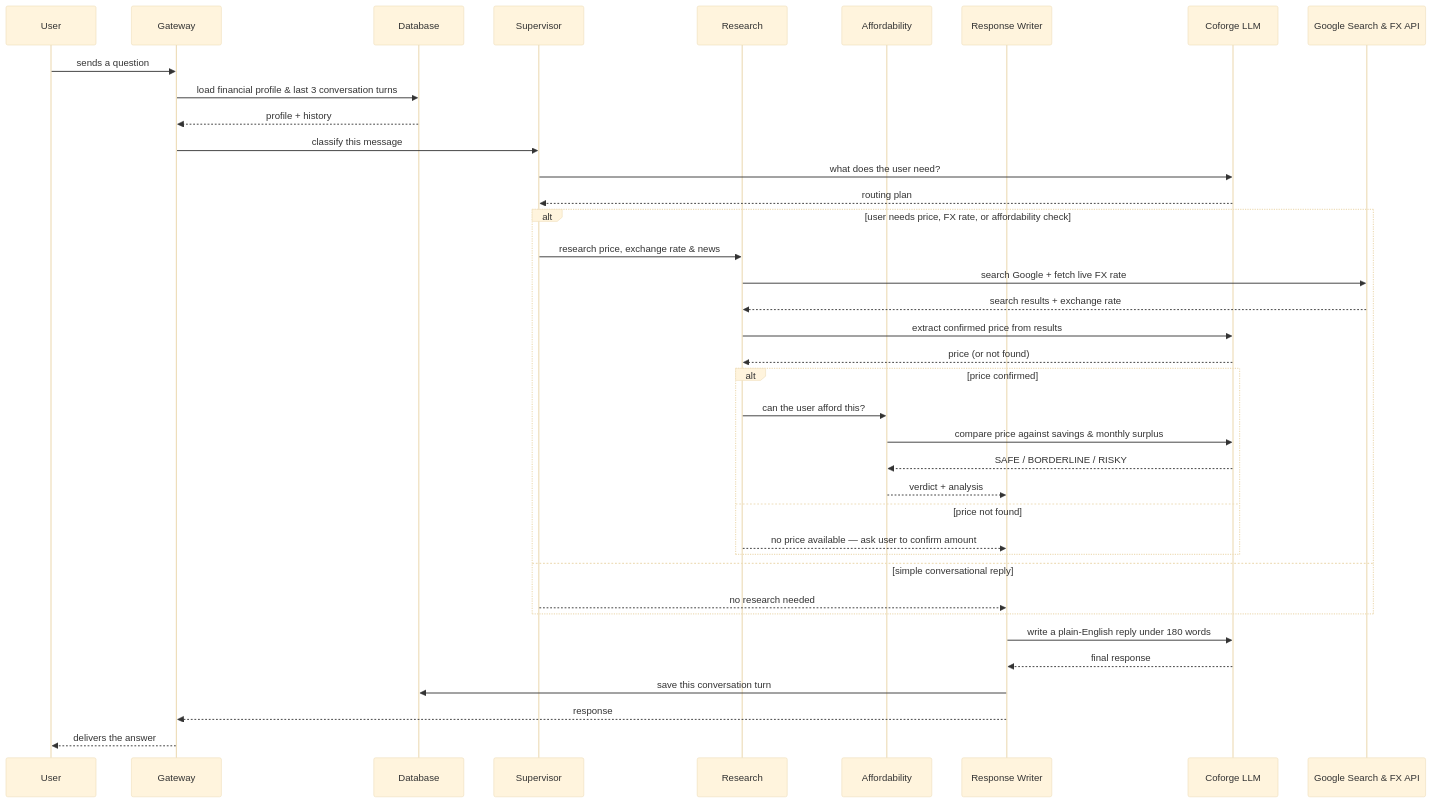
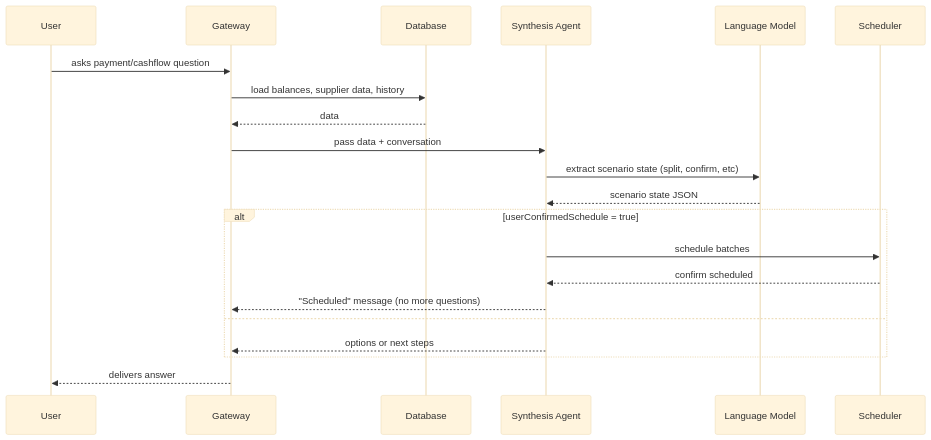
One commit to ravi1soni-hue/coforge_fin_ai_banking changed the diagram in docs/LLD.md. Above: the diagram before and after it, drawn with Mermaid (base theme). The commit also changed other lines of this file and 5 other files, not shown here.

Commit message:
fix: strictly anchor all payment/split logic to user-requested amount; never substitute DB total unless ambiguous

````diff
--- a/docs/LLD.md
+++ b/docs/LLD.md
@@ -3,47 +34,24 @@
 ```mermaid
 sequenceDiagram
     participant U as User
     participant GW as Gateway
     participant DB as Database
-    participant SUP as Supervisor
-    participant RES as Research
-    participant AFF as Affordability
-    participant SYN as Response Writer
-    participant LLM as Coforge LLM
-    participant EXT as Google Search & FX API
+    participant SYN as Synthesis Agent
+    participant LLM as Language Model
+    participant SCHED as Scheduler
 
-    U->>GW: sends a question
-    GW->>DB: load financial profile & last 3 conversation turns
-    DB-->>GW: profile + history
-
-    GW->>SUP: classify this message
-    SUP->>LLM: what does the user need?
-    LLM-->>SUP: routing plan
-
-    alt user needs price, FX rate, or affordability check
-        SUP->>RES: research price, exchange rate & news
-        RES->>EXT: search Google + fetch live FX rate
-        EXT-->>RES: search results + exchange rate
-        RES->>LLM: extract confirmed price from results
-        LLM-->>RES: price (or not found)
-
-        alt price confirmed
-            RES->>AFF: can the user afford this?
-            AFF->>LLM: compare price against savings & monthly surplus
-            LLM-->>AFF: SAFE / BORDERLINE / RISKY
-            AFF-->>SYN: verdict + analysis
-        else price not found
-            RES-->>SYN: no price available — ask user to confirm amount
-        end
-
-    else simple conversational reply
-        SUP-->>SYN: no research needed
+    U->>GW: asks payment/cashflow question
+    GW->>DB: load balances, supplier data, history
+    DB-->>GW: data
+    GW->>SYN: pass data + conversation
+    SYN->>LLM: extract scenario state (split, confirm, etc)
+    LLM-->>SYN: scenario state JSON
+    alt userConfirmedSchedule = true
+        SYN->>SCHED: schedule batches
+        SCHED-->>SYN: confirm scheduled
+        SYN-->>GW: "Scheduled" message (no more questions)
+    else
+        SYN-->>GW: options or next steps
     end
-
-    SYN->>LLM: write a plain-English reply under 180 words
-    LLM-->>SYN: final response
-
-    SYN->>DB: save this conversation turn
-    SYN-->>GW: response
-    GW-->>U: delivers the answer
+    GW-->>U: delivers answer
 ```
````
